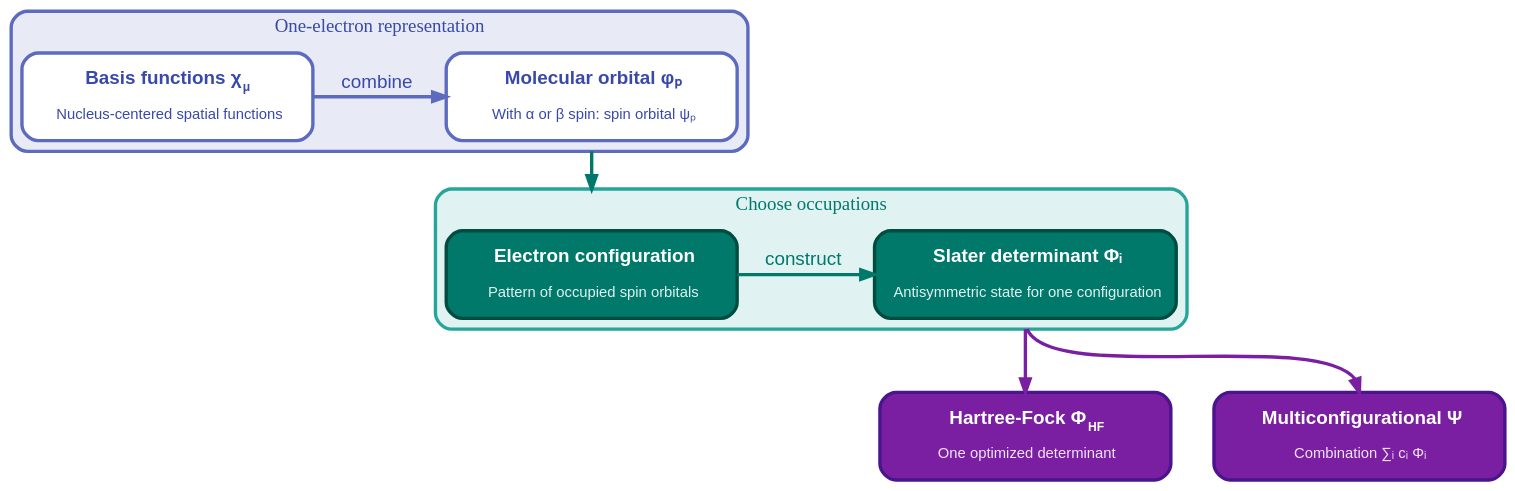
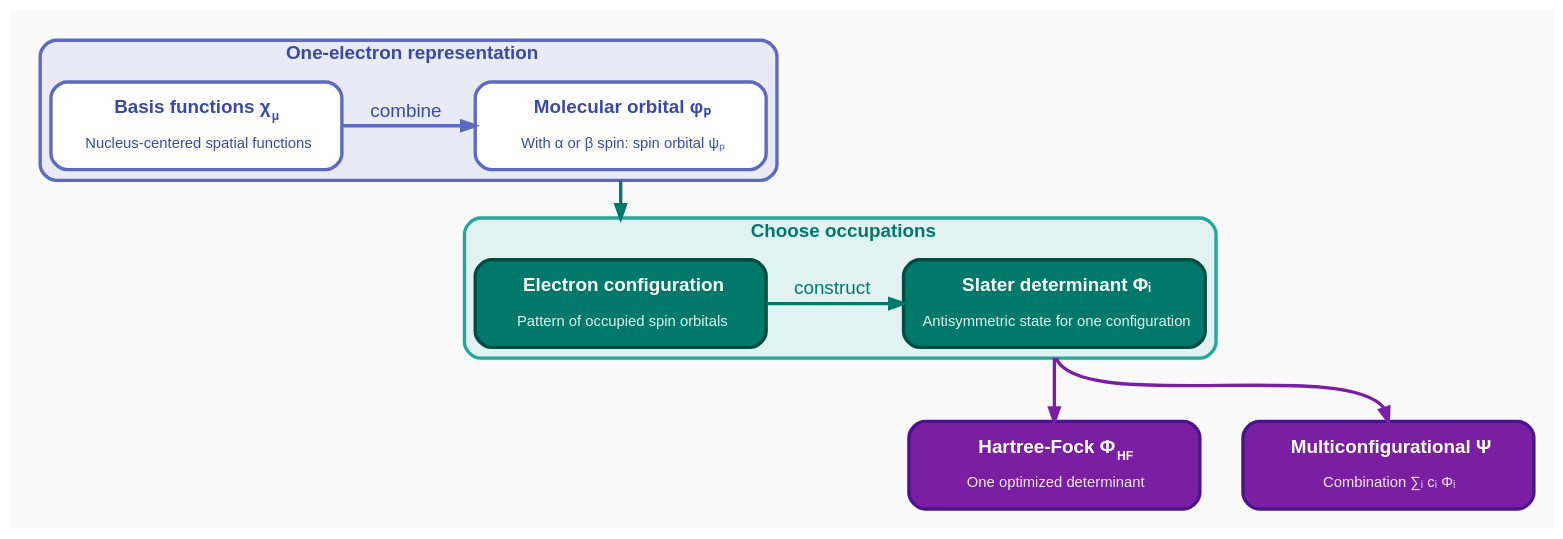
Before and after one commit to microsoft/qdk-chemistry: the diagram in docs/source/_static/diagrams/tutorial_qpe_wavefunction_hierarchy.dot, drawn with Graphviz. The commit also changed 21 other files, not shown here.

```diff
--- a/docs/source/_static/diagrams/tutorial_qpe_wavefunction_hierarchy.dot
+++ b/docs/source/_static/diagrams/tutorial_qpe_wavefunction_hierarchy.dot
@@ -1,59 +1,59 @@
 digraph TutorialQpeWavefunctionHierarchy {
     rankdir=TB;
     ranksep=0.75;
     nodesep=0.45;
     newrank=true;
     compound=true;
     overlap=false;
     splines=spline;
     pad=0.2;
-    bgcolor="transparent";
+    bgcolor="#FAFAFA";
 
     node [shape=box, style="rounded,filled", fontname="Arial", width=3.0, height=0.9, margin="0.20,0.16"];
     edge [penwidth=2.5, arrowsize=1.0];
 
     subgraph cluster_one_electron {
-        label="One-electron representation";
+        label=<<B>One-electron representation</B>>;
         style="filled,rounded";
         fillcolor="#E8EAF6";
         color="#5C6BC0";
         penwidth=2.5;
         fontsize=14;
-        fontname="Arial Bold";
+        fontname="Arial";
         fontcolor="#3949AB";
         rank=same;
 
         Basis [label=<<B>Basis functions χ&#160;<SUB><FONT POINT-SIZE="9">μ</FONT></SUB></B><BR/><BR/><FONT POINT-SIZE="11">Nucleus-centered spatial functions</FONT>>, fillcolor="#FFFFFF", color="#5C6BC0", penwidth=2.5, fontcolor="#3949AB", group=left];
         MolecularOrbital [label=<<B>Molecular orbital φₚ</B><BR/><BR/><FONT POINT-SIZE="11">With α or β spin: spin orbital ψₚ</FONT>>, fillcolor="#FFFFFF", color="#5C6BC0", penwidth=2.5, fontcolor="#3949AB", group=right];
 
         Basis -> MolecularOrbital [label="  combine  ", color="#5C6BC0", fontname="Arial", fontcolor="#3949AB"];
     }
 
     subgraph cluster_configuration {
-        label="Choose occupations";
+        label=<<B>Choose occupations</B>>;
         style="filled,rounded";
         fillcolor="#E0F2F1";
         color="#26A69A";
         penwidth=2.5;
         fontsize=14;
-        fontname="Arial Bold";
+        fontname="Arial";
         fontcolor="#00796B";
         rank=same;
 
         Configuration [label=<<B>Electron configuration</B><BR/><BR/><FONT POINT-SIZE="11" COLOR="#E0F2F1">Pattern of occupied spin orbitals</FONT>>, fillcolor="#00796B", color="#004D40", penwidth=2.5, fontcolor="#FFFFFF", group=right];
         Determinant [label=<<B>Slater determinant Φᵢ</B><BR/><BR/><FONT POINT-SIZE="11" COLOR="#E0F2F1">Antisymmetric state for one configuration</FONT>>, fillcolor="#00796B", color="#004D40", penwidth=2.5, fontcolor="#FFFFFF", group=left];
 
         Configuration -> Determinant [label="  construct  ", color="#00796B", fontname="Arial", fontcolor="#00796B"];
     }
 
     subgraph wavefunctions {
         rank=same;
 
         HartreeFock [label=<<B>Hartree-Fock Φ&#160;<SUB><FONT POINT-SIZE="9">HF</FONT></SUB></B><BR/><BR/><FONT POINT-SIZE="11" COLOR="#F3E5F5">One optimized determinant</FONT>>, fillcolor="#7B1FA2", color="#4A148C", penwidth=2.5, fontcolor="#FFFFFF", group=left];
         MultiConfig [label=<<B>Multiconfigurational Ψ</B><BR/><BR/><FONT POINT-SIZE="11" COLOR="#F3E5F5">Combination ∑ᵢ cᵢ Φᵢ</FONT>>, fillcolor="#7B1FA2", color="#4A148C", penwidth=2.5, fontcolor="#FFFFFF", group=right];
     }
 
     MolecularOrbital:s -> Configuration:n [color="#00796B", ltail=cluster_one_electron, lhead=cluster_configuration, weight=10];
     Determinant:s -> HartreeFock:n [color="#7B1FA2", ltail=cluster_configuration, weight=5];
     Determinant:s -> MultiConfig:n [color="#7B1FA2", ltail=cluster_configuration, weight=5];
 }
```
